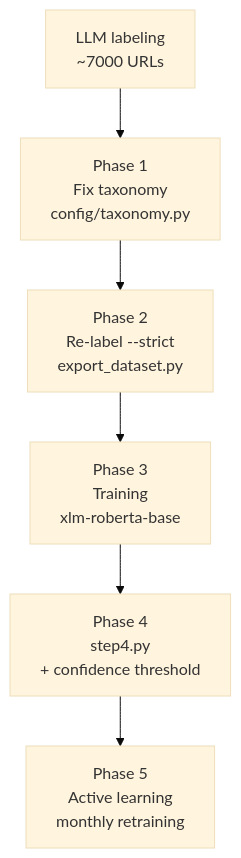
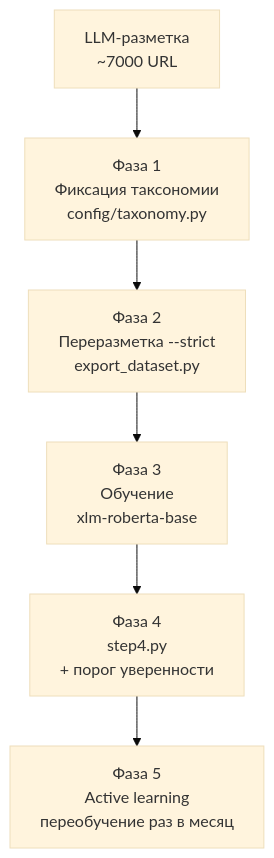
Before and after one commit to ioncat/web-page-classifier: the third of 4 diagrams in README.md, drawn with Mermaid (base theme). The commit also changed other lines of this file, not shown here.

````diff
--- a/README.md
+++ b/README.md
@@ -120,8 +120,8 @@
 ```mermaid
 flowchart TD
-    A["LLM labeling<br/>~7000 URLs"] --> B["Phase 1<br/>Fix taxonomy<br/>config/taxonomy.py"]
-    B --> C["Phase 2<br/>Re-label --strict<br/>export_dataset.py"]
-    C --> D["Phase 3<br/>Training<br/>xlm-roberta-base"]
-    D --> E["Phase 4<br/>step4.py<br/>+ confidence threshold"]
-    E --> F["Phase 5<br/>Active learning<br/>monthly retraining"]
+    A["LLM-разметка<br/>~7000 URL"] --> B["Фаза 1<br/>Фиксация таксономии<br/>config/taxonomy.py"]
+    B --> C["Фаза 2<br/>Переразметка --strict<br/>export_dataset.py"]
+    C --> D["Фаза 3<br/>Обучение<br/>xlm-roberta-base"]
+    D --> E["Фаза 4<br/>step4.py<br/>+ порог уверенности"]
+    E --> F["Фаза 5<br/>Active learning<br/>переобучение раз в месяц"]
 ```
````
